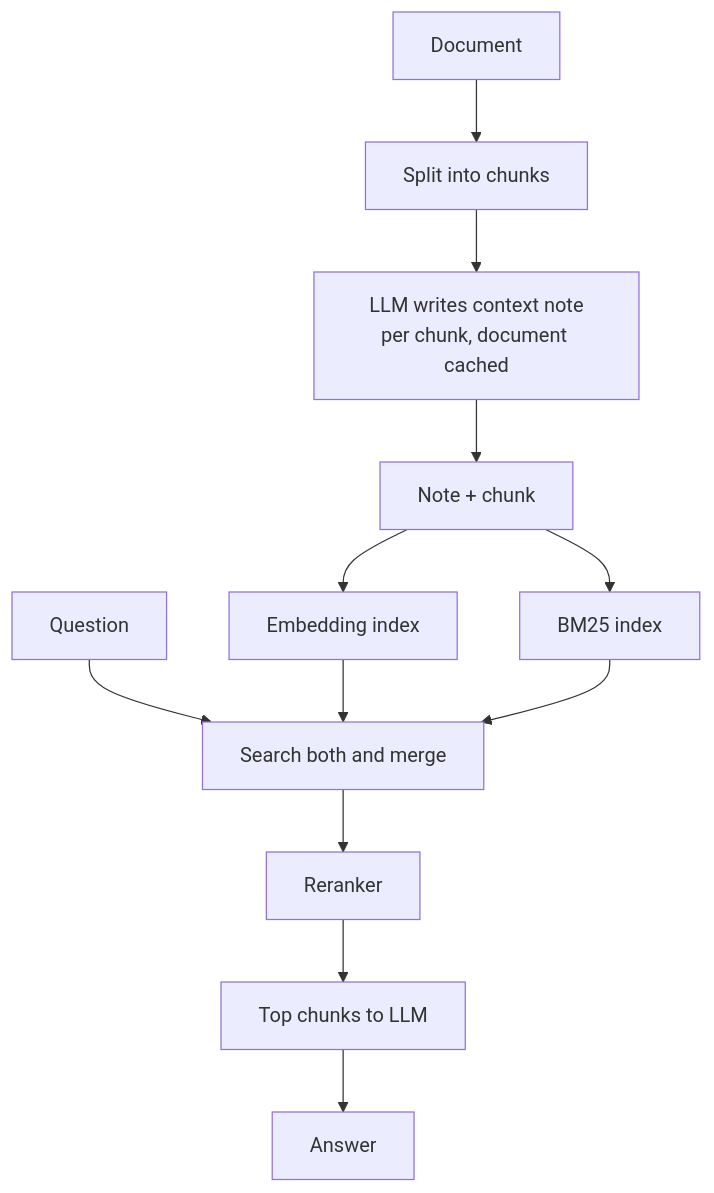
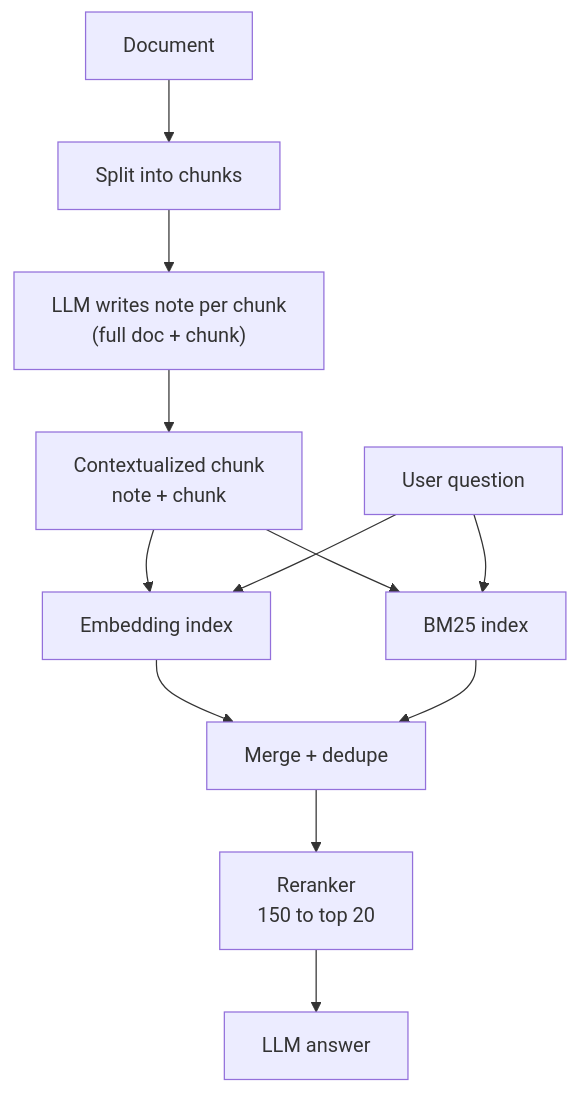
The diagram in notes/step-09-vector-search-and-retrieval-augmented-generation-rag/111-how-does-contextual-retrieval-work.md (kaisarnajar/outcome-school-blogs), drawn with Mermaid before and after one commit. The commit also changed other lines of this file and 233 other files, not shown here.

````diff
--- a/notes/step-09-vector-search-and-retrieval-augmented-generation-rag/111-how-does-contextual-retrieval-work.md
+++ b/notes/step-09-vector-search-and-retrieval-augmented-generation-rag/111-how-does-contextual-retrieval-work.md
@@ -42,14 +66,14 @@
 ```mermaid
 flowchart TD
-    A["Document"] --> B["Split into chunks"]
-    B --> C["LLM writes context note<br/>per chunk, document cached"]
-    C --> D["Note + chunk"]
-    D --> E["Embedding index"]
-    D --> F["BM25 index"]
-    Q["Question"] --> G["Search both and merge"]
-    E --> G
-    F --> G
-    G --> H["Reranker"]
-    H --> I["Top chunks to LLM"]
-    I --> J["Answer"]
+A1["Document"] --> A2["Split into chunks"]
+A2 --> A3["LLM writes note per chunk<br/>(full doc + chunk)"]
+A3 --> A4["Contextualized chunk<br/>note + chunk"]
+A4 --> E1["Embedding index"]
+A4 --> B1["BM25 index"]
+Q1["User question"] --> E1
+Q1 --> B1
+E1 --> M1["Merge + dedupe"]
+B1 --> M1
+M1 --> R1["Reranker<br/>150 to top 20"]
+R1 --> L1["LLM answer"]
 ```
````
